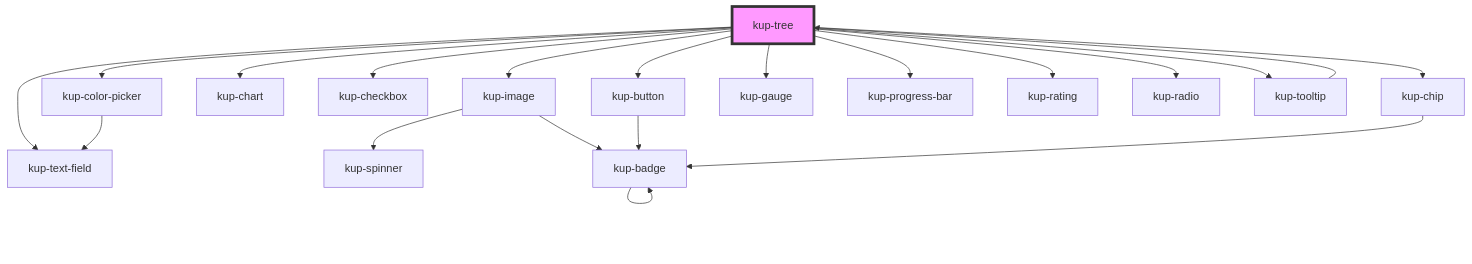
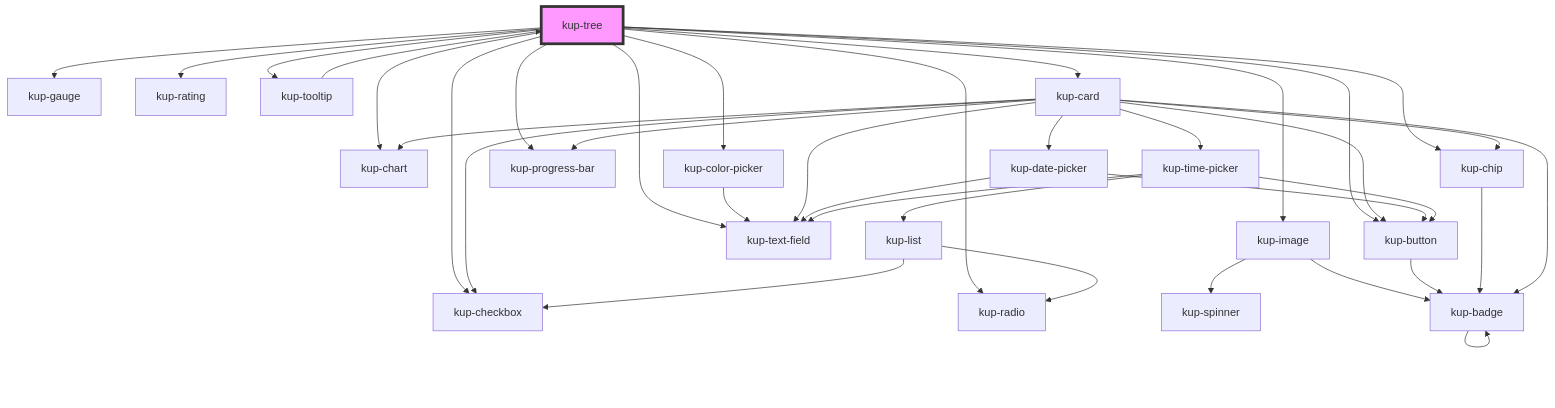
The diagram in packages/ketchup/src/components/kup-tree/readme.md (smeup/ketchup), drawn with Mermaid before and after one commit. The commit also changed other lines of this file and 11 other files, not shown here.

````diff
--- a/packages/ketchup/src/components/kup-tree/readme.md
+++ b/packages/ketchup/src/components/kup-tree/readme.md
@@ -155,23 +161,40 @@
 ```mermaid
 graph TD;
   kup-tree --> kup-image
   kup-tree --> kup-button
   kup-tree --> kup-chart
   kup-tree --> kup-checkbox
   kup-tree --> kup-chip
   kup-tree --> kup-color-picker
   kup-tree --> kup-gauge
   kup-tree --> kup-progress-bar
   kup-tree --> kup-rating
   kup-tree --> kup-radio
   kup-tree --> kup-tooltip
   kup-tree --> kup-text-field
+  kup-tree --> kup-card
   kup-image --> kup-spinner
   kup-image --> kup-badge
   kup-badge --> kup-badge
   kup-button --> kup-badge
   kup-chip --> kup-badge
   kup-color-picker --> kup-text-field
   kup-tooltip --> kup-tree
+  kup-card --> kup-chip
+  kup-card --> kup-button
+  kup-card --> kup-badge
+  kup-card --> kup-progress-bar
+  kup-card --> kup-chart
+  kup-card --> kup-checkbox
+  kup-card --> kup-date-picker
+  kup-card --> kup-text-field
+  kup-card --> kup-time-picker
+  kup-date-picker --> kup-text-field
+  kup-date-picker --> kup-button
+  kup-time-picker --> kup-text-field
+  kup-time-picker --> kup-button
+  kup-time-picker --> kup-list
+  kup-list --> kup-radio
+  kup-list --> kup-checkbox
   style kup-tree fill:#f9f,stroke:#333,stroke-width:4px
 ```
````
